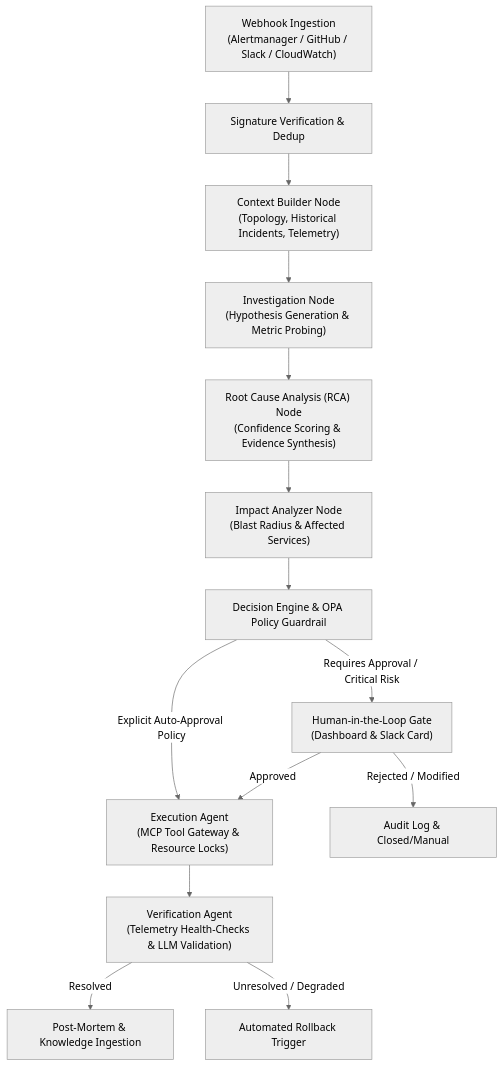
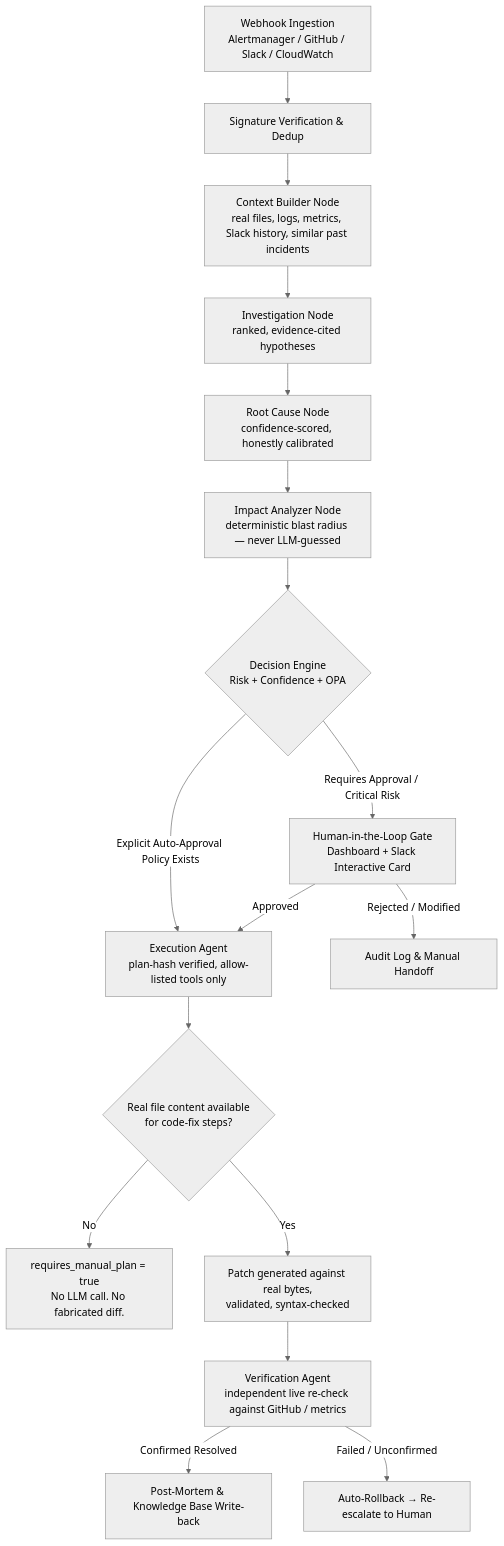
The second of 4 diagrams in README.md (Viresh2408/RISE), drawn with Mermaid (neutral theme) before and after one commit. The commit also changed other lines of this file and 25 other files, not shown here.

````diff
--- a/README.md
+++ b/README.md
@@ -83,19 +164,23 @@
 ```mermaid
 flowchart TD
-    A["Webhook Ingestion\n(Alertmanager / GitHub / Slack / CloudWatch)"] --> B["Signature Verification & Dedup"]
-    B --> C["Context Builder Node\n(Topology, Historical Incidents, Telemetry)"]
-    C --> D["Investigation Node\n(Hypothesis Generation & Metric Probing)"]
-    D --> E["Root Cause Analysis (RCA) Node\n(Confidence Scoring & Evidence Synthesis)"]
-    E --> F["Impact Analyzer Node\n(Blast Radius & Affected Services)"]
-    F --> G["Decision Engine & OPA Policy Guardrail"]
-    
-    G -->|Requires Approval / Critical Risk| H["Human-in-the-Loop Gate\n(Dashboard & Slack Card)"]
-    G -->|Explicit Auto-Approval Policy| I["Execution Agent\n(MCP Tool Gateway & Resource Locks)"]
-    
+    A["Webhook Ingestion<br/>Alertmanager / GitHub / Slack / CloudWatch"] --> B["Signature Verification & Dedup"]
+    B --> C["Context Builder Node<br/>real files, logs, metrics, Slack history, similar past incidents"]
+    C --> D["Investigation Node<br/>ranked, evidence-cited hypotheses"]
+    D --> E["Root Cause Node<br/>confidence-scored, honestly calibrated"]
+    E --> F["Impact Analyzer Node<br/>deterministic blast radius — never LLM-guessed"]
+    F --> G{Decision Engine<br/>Risk + Confidence + OPA}
+
+    G -->|Requires Approval / Critical Risk| H["Human-in-the-Loop Gate<br/>Dashboard + Slack Interactive Card"]
+    G -->|Explicit Auto-Approval Policy Exists| I["Execution Agent<br/>plan-hash verified, allow-listed tools only"]
+
     H -->|Approved| I
-    H -->|Rejected / Modified| J["Audit Log & Closed/Manual"]
-    
-    I --> K["Verification Agent\n(Telemetry Health-Checks & LLM Validation)"]
-    K -->|Resolved| L["Post-Mortem & Knowledge Ingestion"]
-    K -->|Unresolved / Degraded| M["Automated Rollback Trigger"]
+    H -->|Rejected / Modified| J["Audit Log & Manual Handoff"]
+
+    I --> K{Real file content available<br/>for code-fix steps?}
+    K -->|No| L["requires_manual_plan = true<br/>No LLM call. No fabricated diff."]
+    K -->|Yes| M["Patch generated against real bytes,<br/>validated, syntax-checked"]
+
+    M --> N["Verification Agent<br/>independent live re-check against GitHub / metrics"]
+    N -->|Confirmed Resolved| O["Post-Mortem & Knowledge Base Write-back"]
+    N -->|"Failed / Unconfirmed"| P["Auto-Rollback → Re-escalate to Human"]
 ```
````
